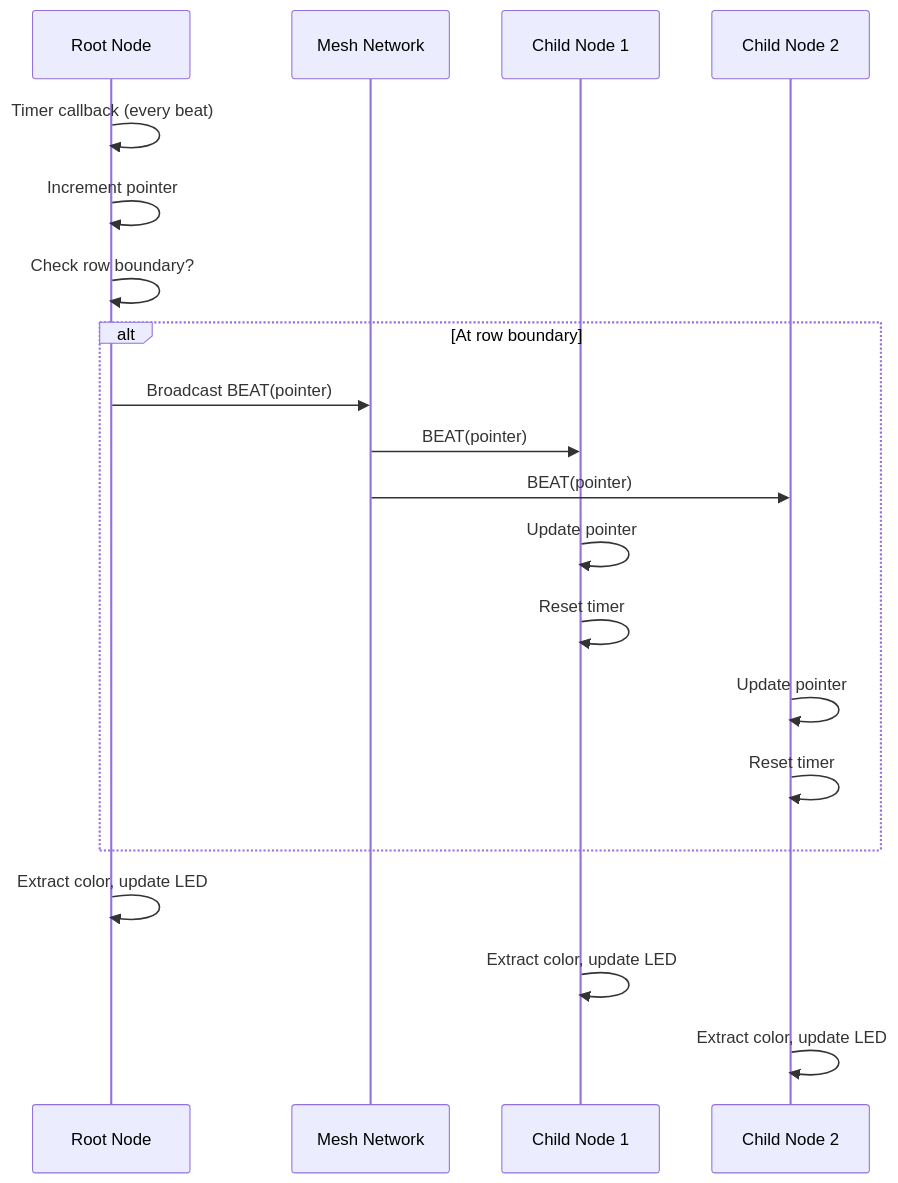
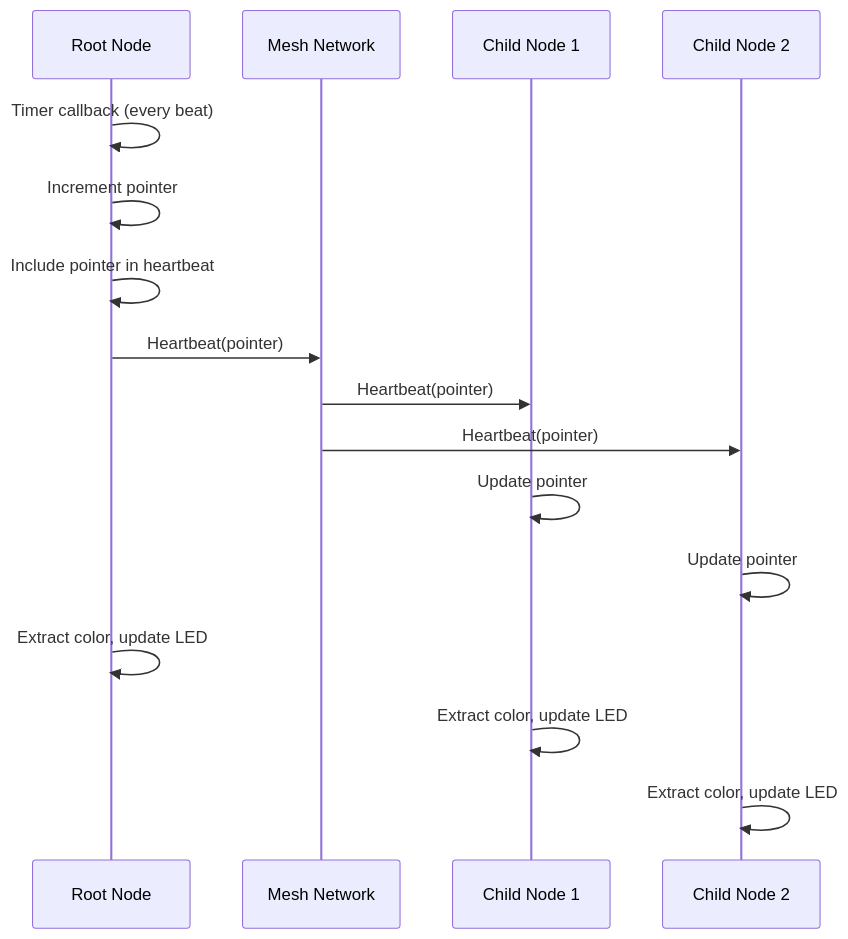
The first of 2 diagrams in lyktparad-espidf/docs/dev-guides/mode-sequence.md (makers-jkpg/lyktparad), drawn with Mermaid before and after one commit. The commit also changed other lines of this file and 5 other files, not shown here.

````diff
--- a/lyktparad-espidf/docs/dev-guides/mode-sequence.md
+++ b/lyktparad-espidf/docs/dev-guides/mode-sequence.md
@@ -926,25 +789,21 @@
 ```mermaid
 sequenceDiagram
     participant Root as Root Node
     participant Mesh as Mesh Network
     participant Child1 as Child Node 1
     participant Child2 as Child Node 2
 
     Root->>Root: Timer callback (every beat)
     Root->>Root: Increment pointer
-    Root->>Root: Check row boundary?
-
-    alt At row boundary
-        Root->>Mesh: Broadcast BEAT(pointer)
-        Mesh->>Child1: BEAT(pointer)
-        Mesh->>Child2: BEAT(pointer)
-        Child1->>Child1: Update pointer
-        Child1->>Child1: Reset timer
-        Child2->>Child2: Update pointer
-        Child2->>Child2: Reset timer
-    end
+    Root->>Root: Include pointer in heartbeat
+    
+    Root->>Mesh: Heartbeat(pointer)
+    Mesh->>Child1: Heartbeat(pointer)
+    Mesh->>Child2: Heartbeat(pointer)
+    Child1->>Child1: Update pointer
+    Child2->>Child2: Update pointer
 
     Root->>Root: Extract color, update LED
     Child1->>Child1: Extract color, update LED
     Child2->>Child2: Extract color, update LED
 ```
````
